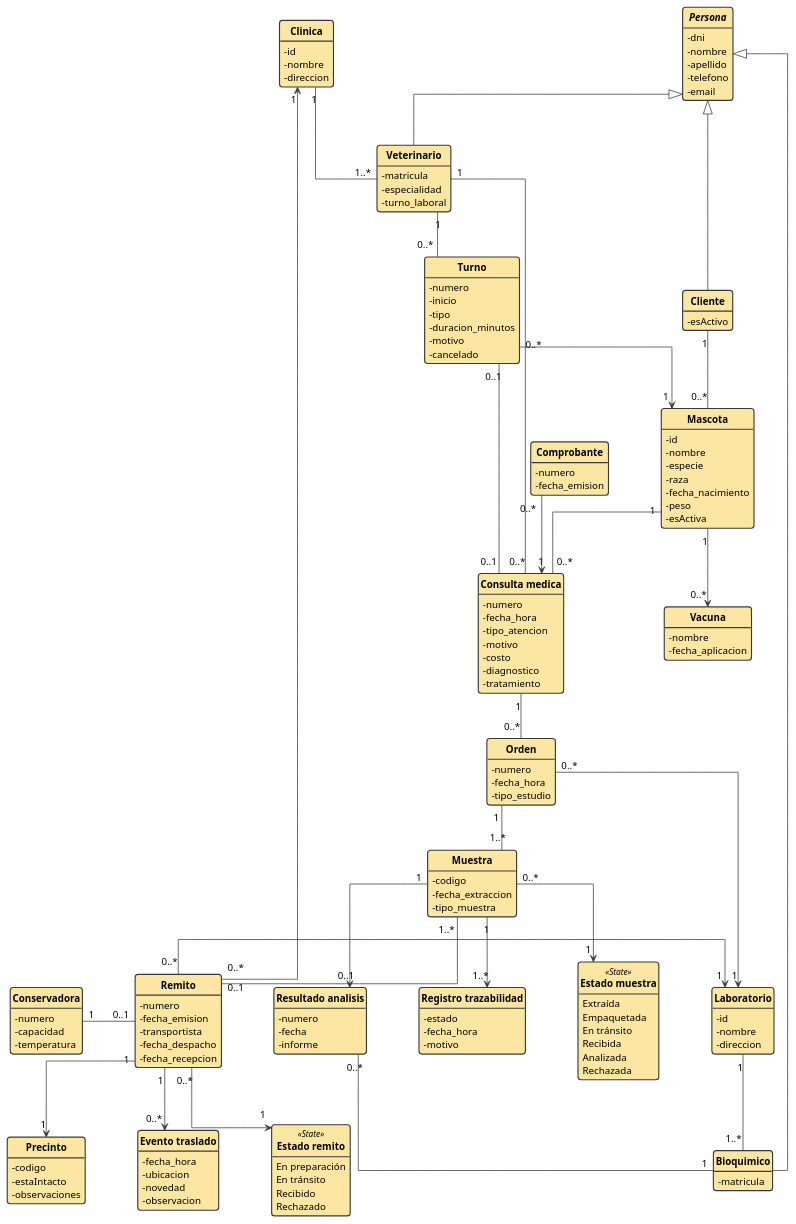
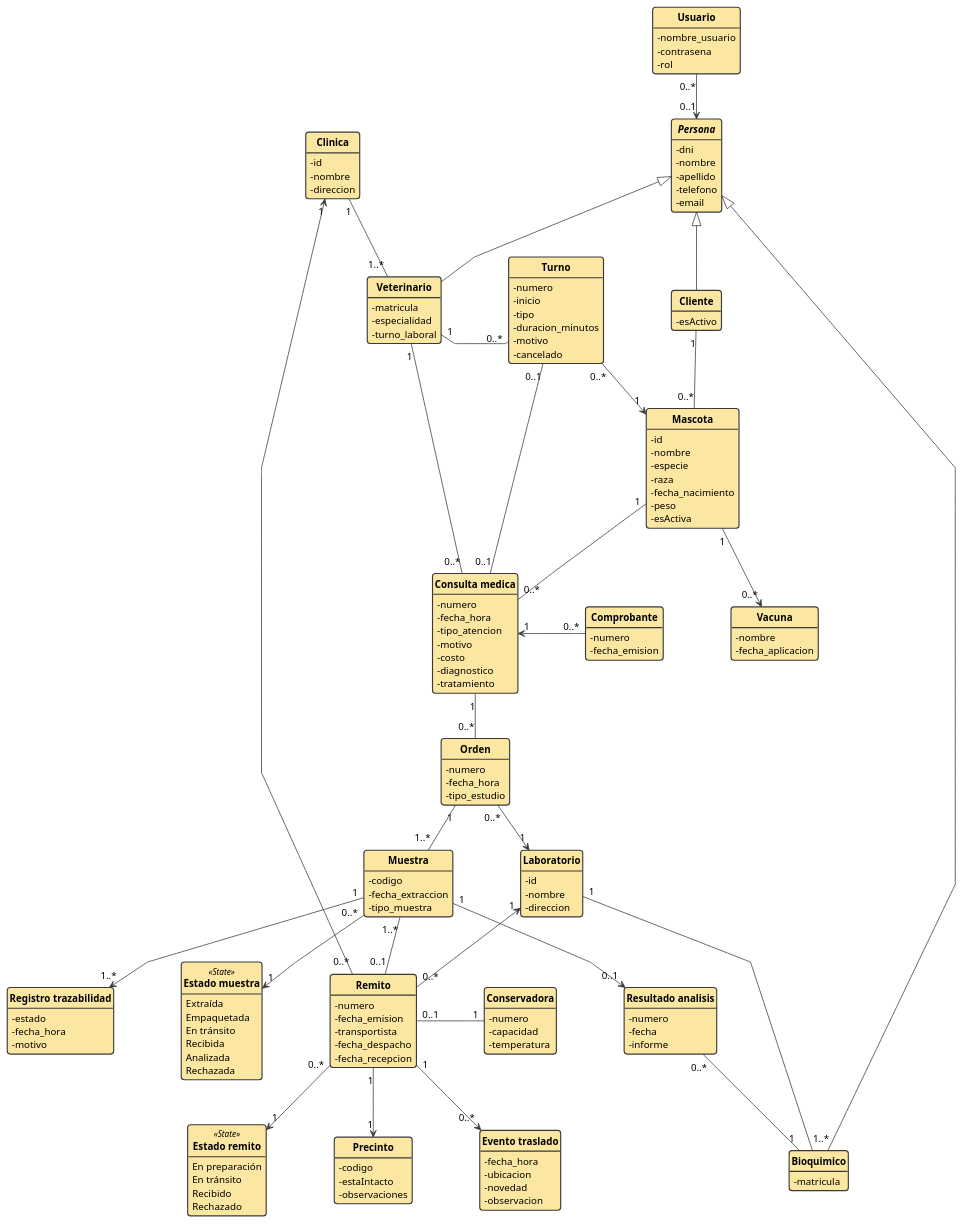
One commit to romialameda/TPI_Veterinaria_G65 changed the diagram in docs/diagramas/diagrama_clases_dominio.puml. Above: the diagram before and after it, drawn with PlantUML. The commit also changed 2 other files, not shown here.

Commit message:
Diagrama de clases: agrega Usuario y ordena las cardinalidades
Claude-Session: https://claude.ai/code/session_01MZA9wYU7KtYqSNdWKGk35C

```diff
--- a/docs/diagramas/diagrama_clases_dominio.puml
+++ b/docs/diagramas/diagrama_clases_dominio.puml
@@ -4,8 +4,8 @@
 
 skinparam shadowing false
 skinparam roundCorner 8
-skinparam linetype ortho
-skinparam nodesep 70
+skinparam linetype polyline
+skinparam nodesep 90
 skinparam ranksep 60
 skinparam defaultFontName Arial
 skinparam classAttributeIconSize 0
@@ -22,6 +22,12 @@
 hide circle
 hide empty methods
 hide empty fields
+
+class Usuario {
+  -nombre_usuario
+  -contrasena
+  -rol
+}
 
 abstract class Persona {
   -dni
@@ -163,6 +169,10 @@
   -observacion
 }
 
+' --- Usuarios ---
+' rol: Secretario, Veterinario, Bioquímico o Cliente. El secretario no tiene persona asociada.
+Usuario "0..*" --> "0..1" Persona
+
 ' --- Herencia ---
 Persona <|-- Cliente
 Persona <|-- Veterinario
@@ -175,9 +185,10 @@
 Clinica "1" -- "1..*" Veterinario
 Veterinario "1" -- "0..*" Turno
 Turno "0..*" --> "1" Mascota
-Turno "0..1" -- "0..1" Consulta
+Turno "0..1" -down- "0..1" Consulta
+Veterinario -[hidden]right- Turno
 Veterinario "1" -- "0..*" Consulta
-Comprobante "0..*" --> "1" Consulta
+Comprobante "0..*" -left-> "1" Consulta
 
 ' --- Laboratorio ---
 Consulta "1" -- "0..*" Orden
@@ -192,10 +203,10 @@
 ' --- Logística ---
 Muestra "1..*" -down- "0..1" Remito
 Remito "0..*" -down-> "1" EstadoRemito
-Remito "0..1" -left- "1" Conservadora
+Remito "0..1" -right- "1" Conservadora
 Remito "1" -down-> "1" Precinto
 Remito "1" -down-> "0..*" Evento
 Remito "0..*" -up-> "1" Clinica
-Remito "0..*" -right-> "1" Laboratorio
+Remito "0..*" -up-> "1" Laboratorio
 
 @enduml
```
